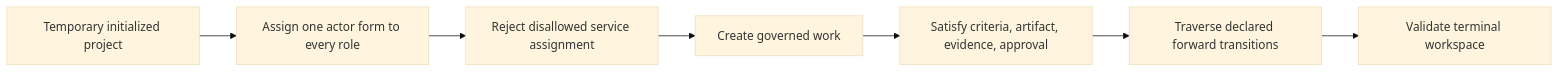
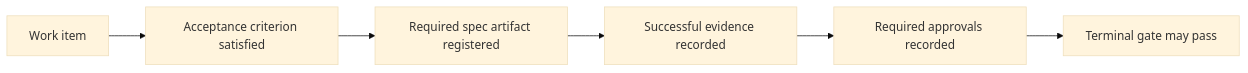
One commit to Modern-Ash/agora changed the sixth of 11 diagrams in docs/guides/self-test.md. Above: the diagram before and after it, drawn with Mermaid (base theme). The commit also changed other lines of this file and 3 other files, not shown here.

````diff
--- a/docs/guides/self-test.md
+++ b/docs/guides/self-test.md
@@ -30,9 +174,8 @@
 ```mermaid
 flowchart LR
-    I[Temporary initialized project] --> A[Assign one actor form to every role]
-    A --> R[Reject disallowed service assignment]
-    R --> W[Create governed work]
-    W --> G[Satisfy criteria, artifact, evidence, approval]
-    G --> T[Traverse declared forward transitions]
-    T --> V[Validate terminal workspace]
+    W[Work item] --> C[Acceptance criterion satisfied]
+    C --> A[Required spec artifact registered]
+    A --> E[Successful evidence recorded]
+    E --> P[Required approvals recorded]
+    P --> T[Terminal gate may pass]
 ```
````
